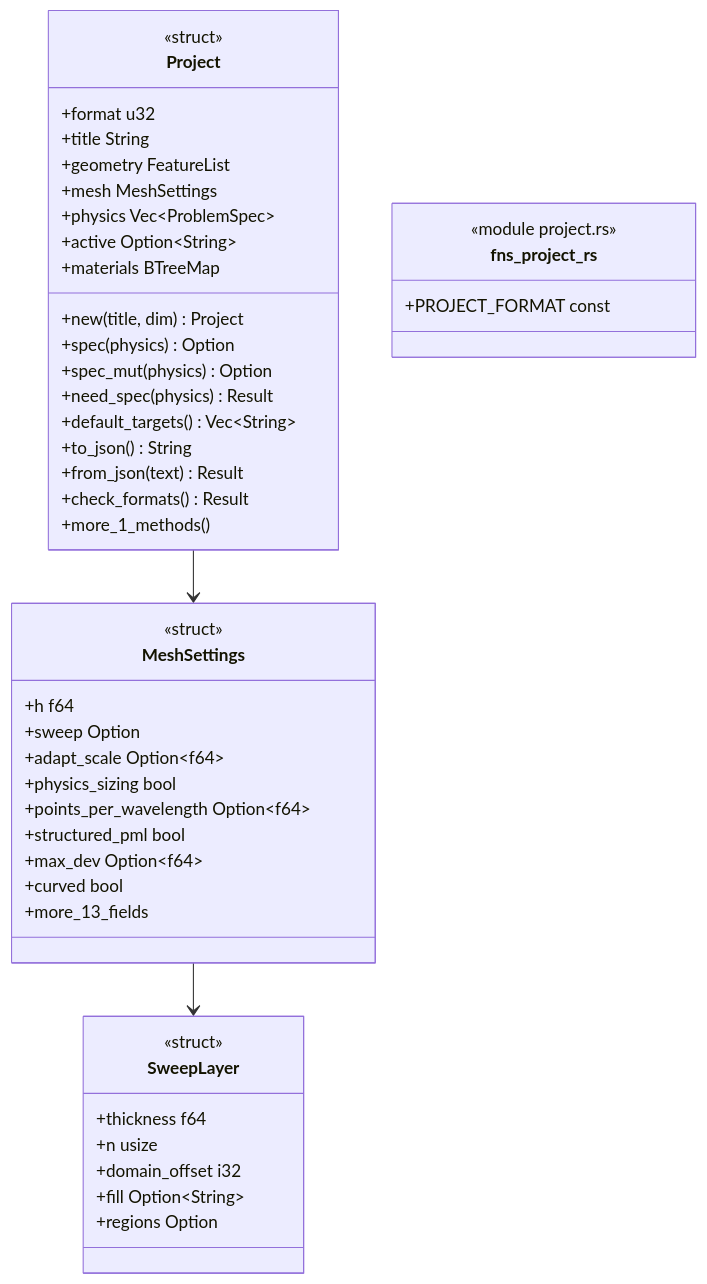
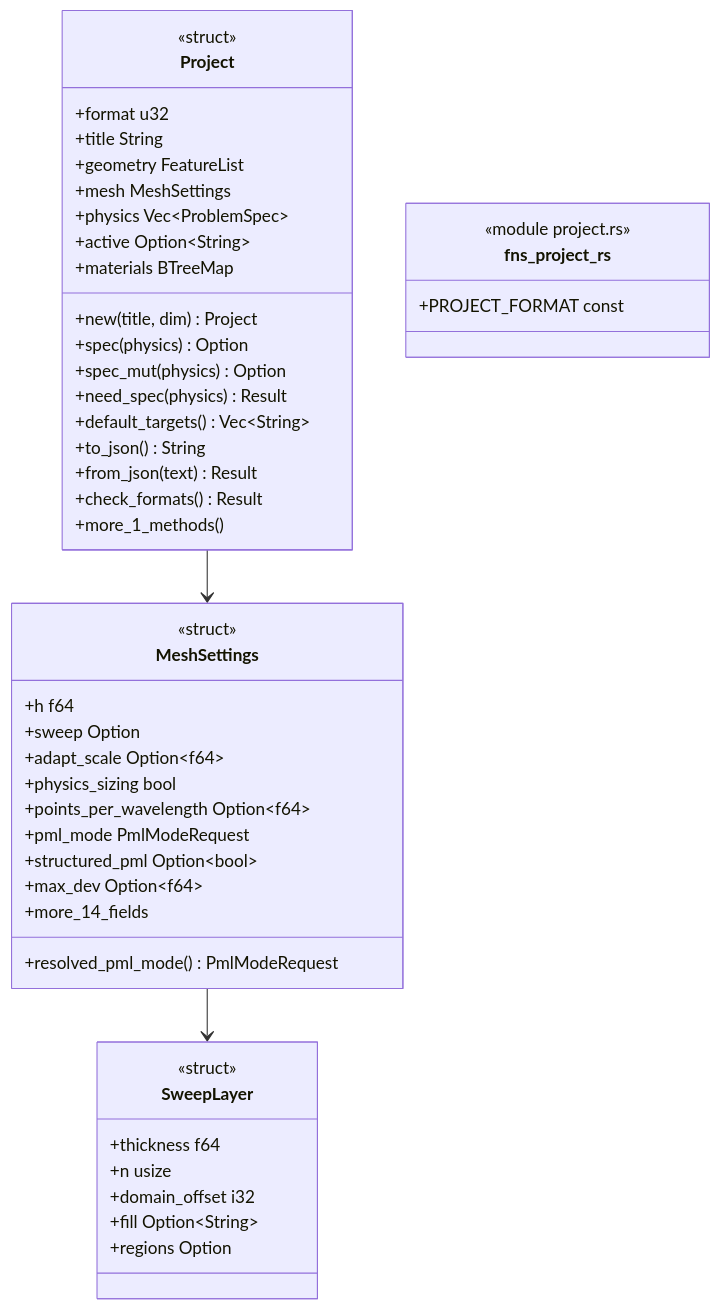
One commit to p-j-r/nyx changed the diagram in docs/architecture/c4/4-code/engine/project.md. Above: the diagram before and after it, drawn with Mermaid. The commit also changed other lines of this file and 110 other files, not shown here.

````diff
--- a/docs/architecture/c4/4-code/engine/project.md
+++ b/docs/architecture/c4/4-code/engine/project.md
@@ -42,48 +43,49 @@
 ```mermaid
 classDiagram
   class SweepLayer {
       <<struct>>
       +thickness f64
       +n usize
       +domain_offset i32
       +fill Option~String~
       +regions Option
   }
   class MeshSettings {
       <<struct>>
       +h f64
       +sweep Option
       +adapt_scale Option~f64~
       +physics_sizing bool
       +points_per_wavelength Option~f64~
-      +structured_pml bool
+      +pml_mode PmlModeRequest
+      +structured_pml Option~bool~
       +max_dev Option~f64~
-      +curved bool
-      +more_13_fields
+      +more_14_fields
+      +resolved_pml_mode() PmlModeRequest
   }
   class Project {
       <<struct>>
       +format u32
       +title String
       +geometry FeatureList
       +mesh MeshSettings
       +physics Vec~ProblemSpec~
       +active Option~String~
       +materials BTreeMap
       +new(title, dim) Project
       +spec(physics) Option
       +spec_mut(physics) Option
       +need_spec(physics) Result
       +default_targets() Vec~String~
       +to_json() String
       +from_json(text) Result
       +check_formats() Result
       +more_1_methods()
   }
   class fns_project_rs {
       <<module project.rs>>
       +PROJECT_FORMAT const
   }
   MeshSettings --> SweepLayer
   Project --> MeshSettings
 ```
````
